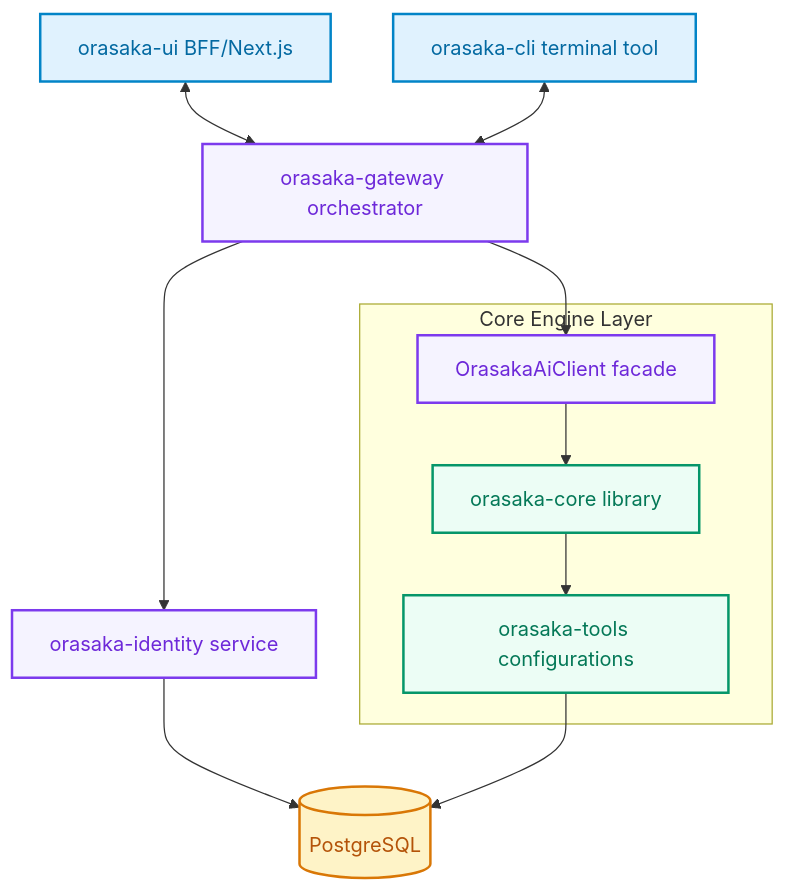
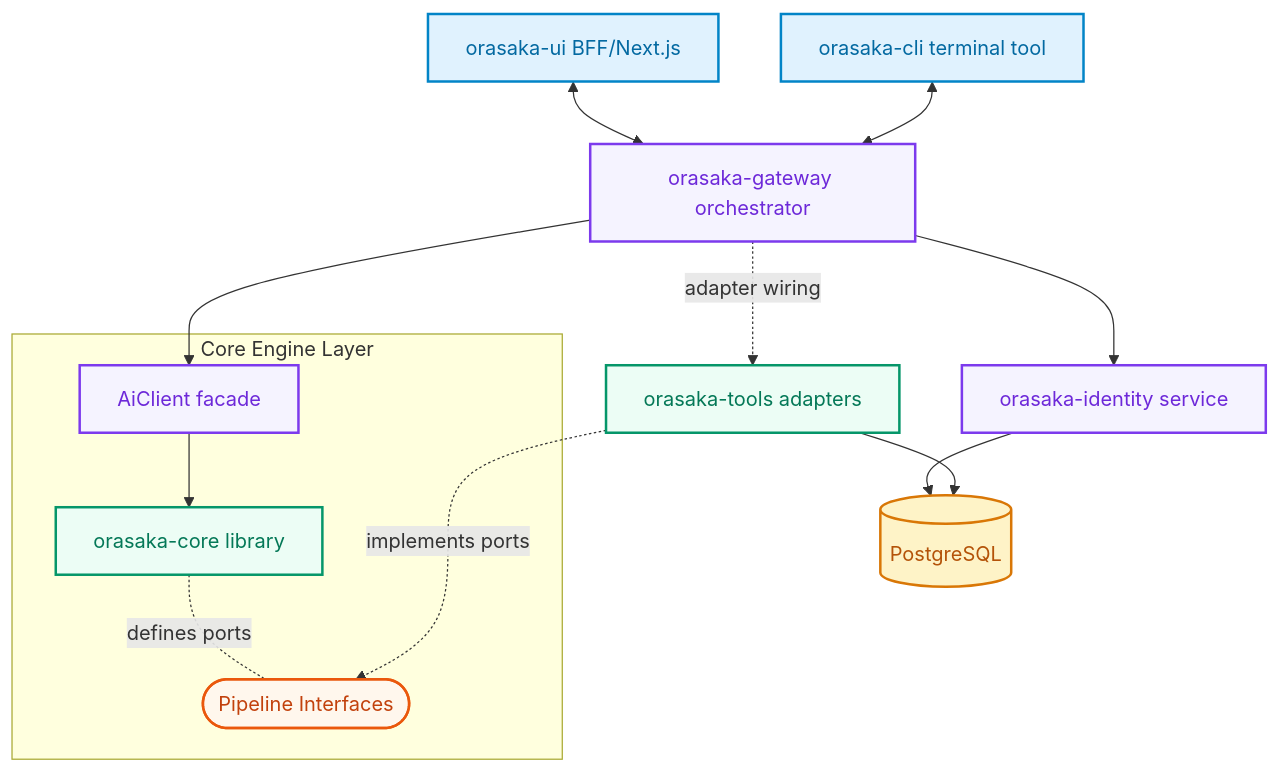
One commit to oussamaABID/orasaka changed the first of 4 diagrams in docs/ARCHITECTURE.md. Above: the diagram before and after it, drawn with Mermaid. The commit also changed other lines of this file and 481 other files, not shown here.

````diff
--- a/docs/ARCHITECTURE.md
+++ b/docs/ARCHITECTURE.md
@@ -11,26 +21,32 @@
 ```mermaid
 graph TD
     UI[orasaka-ui BFF/Next.js] <--> Gateway[orasaka-gateway orchestrator]
     CLI[orasaka-cli terminal tool] <--> Gateway
-    
-    Gateway --> CoreClient[OrasakaAiClient facade]
+
+    Gateway --> CoreClient[AiClient facade]
     Gateway --> Identity[orasaka-identity service]
-    
+    Gateway -.->|adapter wiring| Tools[orasaka-tools adapters]
+
     subgraph Core Engine Layer
         CoreClient --> Core[orasaka-core library]
-        Core --> Tools[orasaka-tools configurations]
+        Core -.-|defines ports| Ports([Pipeline Interfaces])
     end
-    
+
+    Tools -.->|implements ports| Ports
+
     Identity --> Postgres[(PostgreSQL)]
     Tools --> Postgres
 
     classDef client fill:#e0f2fe,stroke:#0284c7,stroke-width:2px,color:#0369a1;
     classDef bff fill:#f5f3ff,stroke:#7c3aed,stroke-width:2px,color:#6d28d9;
     classDef core fill:#ecfdf5,stroke:#059669,stroke-width:2px,color:#047857;
     classDef infra fill:#fef3c7,stroke:#d97706,stroke-width:2px,color:#b45309;
-    
+    classDef port fill:#fff7ed,stroke:#ea580c,stroke-width:2px,color:#c2410c;
+
     class UI,CLI client;
     class Gateway,CoreClient,Identity bff;
-    class Core,Tools core;
+    class Core core;
+    class Tools core;
+    class Ports port;
     class Postgres infra;
 ```
````
